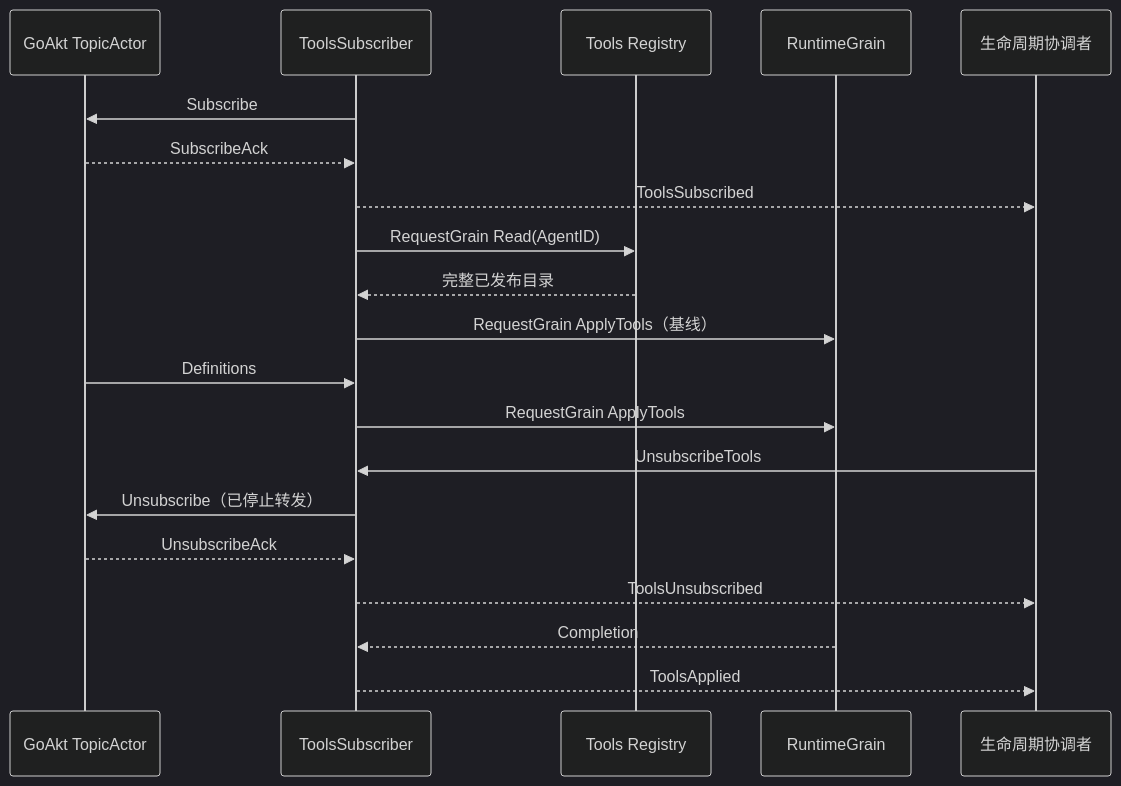
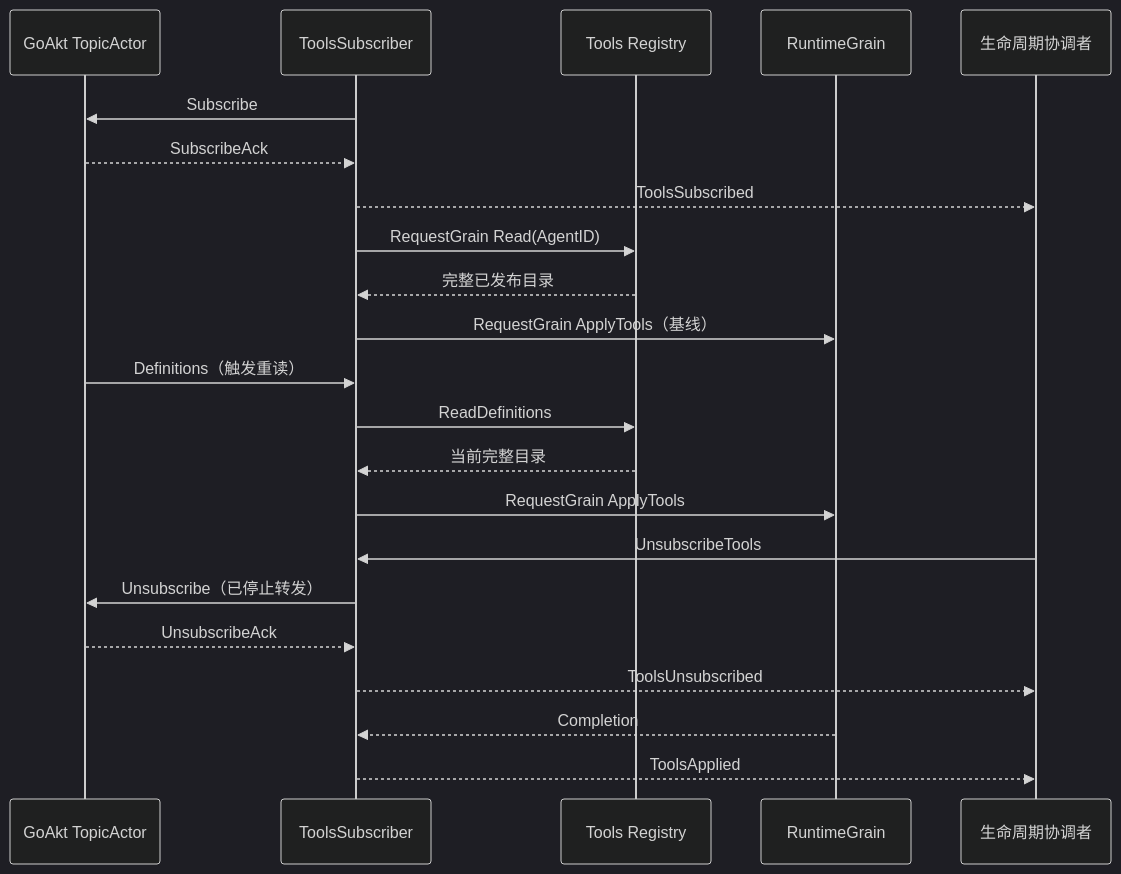
The third of 3 diagrams in systemprompt/actor/README.zh-CN.md (gorenx/goren), drawn with Mermaid (dark theme) before and after one commit. The commit also changed other lines of this file and 13 other files, not shown here.

````diff
--- a/systemprompt/actor/README.zh-CN.md
+++ b/systemprompt/actor/README.zh-CN.md
@@ -89,22 +89,24 @@
 ```mermaid
 sequenceDiagram
     participant Topic as GoAkt TopicActor
     participant Subscriber as ToolsSubscriber
     participant Registry as Tools Registry
     participant Runtime as RuntimeGrain
     participant Coordinator as 生命周期协调者
     Subscriber->>Topic: Subscribe
     Topic-->>Subscriber: SubscribeAck
     Subscriber-->>Coordinator: ToolsSubscribed
     Subscriber->>Registry: RequestGrain Read(AgentID)
     Registry-->>Subscriber: 完整已发布目录
     Subscriber->>Runtime: RequestGrain ApplyTools（基线）
-    Topic->>Subscriber: Definitions
+    Topic->>Subscriber: Definitions（触发重读）
+    Subscriber->>Registry: ReadDefinitions
+    Registry-->>Subscriber: 当前完整目录
     Subscriber->>Runtime: RequestGrain ApplyTools
     Coordinator->>Subscriber: UnsubscribeTools
     Subscriber->>Topic: Unsubscribe（已停止转发）
     Topic-->>Subscriber: UnsubscribeAck
     Subscriber-->>Coordinator: ToolsUnsubscribed
     Runtime-->>Subscriber: Completion
     Subscriber-->>Coordinator: ToolsApplied
 ```
````
